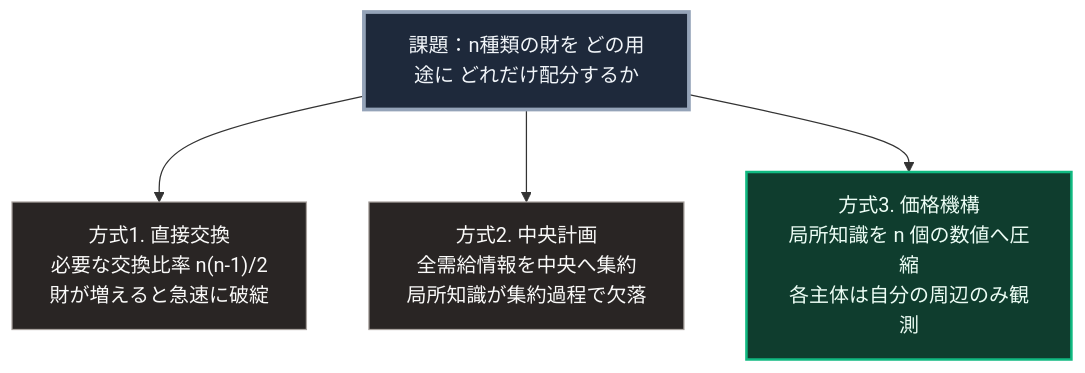
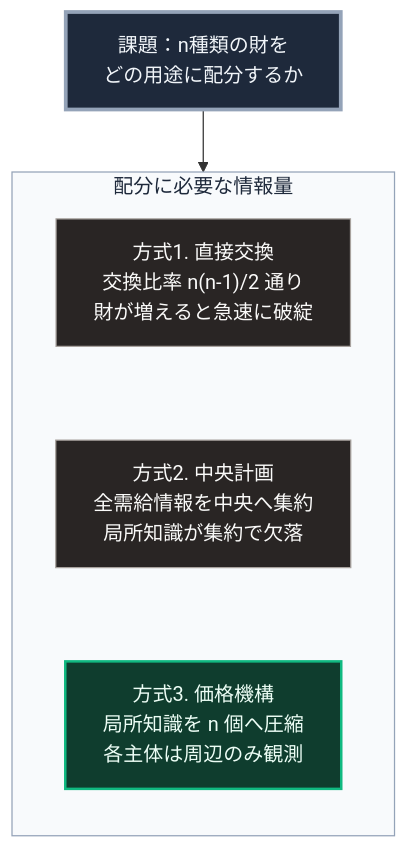
One commit to Takenori-Kusaka/zenn-content changed the diagram in books/sovereign-resilience-blueprint/capitalism-why-irreplaceable.md. Above: the diagram before and after it, drawn with Mermaid. The commit also changed other lines of this file and 114 other files, not shown here.

````diff
--- a/books/sovereign-resilience-blueprint/capitalism-why-irreplaceable.md
+++ b/books/sovereign-resilience-blueprint/capitalism-why-irreplaceable.md
@@ -63,13 +63,16 @@
 ```mermaid
 flowchart TD
-    P[課題：n種類の財を どの用途に どれだけ配分するか]
-
-    P --> M1["方式1. 直接交換<br>必要な交換比率 n(n-1)/2<br>財が増えると急速に破綻"]
-    P --> M2[方式2. 中央計画<br>全需給情報を中央へ集約<br>局所知識が集約過程で欠落]
-    P --> M3[方式3. 価格機構<br>局所知識を n 個の数値へ圧縮<br>各主体は自分の周辺のみ観測]
+    P[課題：n種類の財を<br>どの用途に配分するか]
+    P --> G
+    subgraph G[配分に必要な情報量]
+        direction TB
+        M1["方式1. 直接交換<br>交換比率 n(n-1)/2 通り<br>財が増えると急速に破綻"] ~~~ M2[方式2. 中央計画<br>全需給情報を中央へ集約<br>局所知識が集約で欠落]
+        M2 ~~~ M3[方式3. 価格機構<br>局所知識を n 個へ圧縮<br>各主体は周辺のみ観測]
+    end
 
     style P fill:#1e293b,stroke:#94a3b8,stroke-width:3px,color:#f1f5f9
+    style G fill:#f8fafc,stroke:#94a3b8,color:#1e293b
     style M1 fill:#292524,stroke:#a8a29e,color:#fafaf9
     style M2 fill:#292524,stroke:#a8a29e,color:#fafaf9
     style M3 fill:#0f3d2e,stroke:#10b981,stroke-width:2px,color:#ecfdf5
 ```
````
